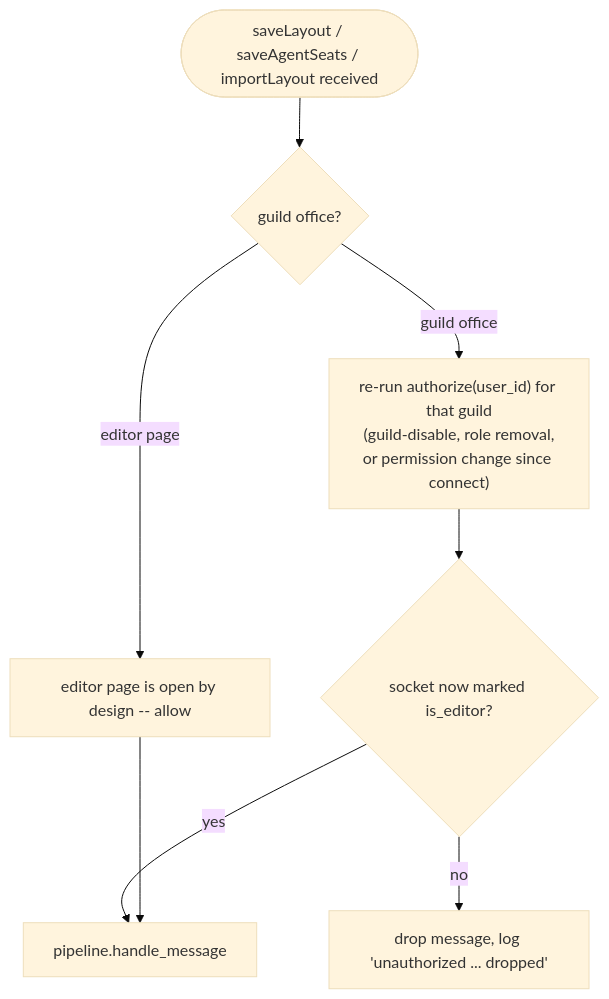
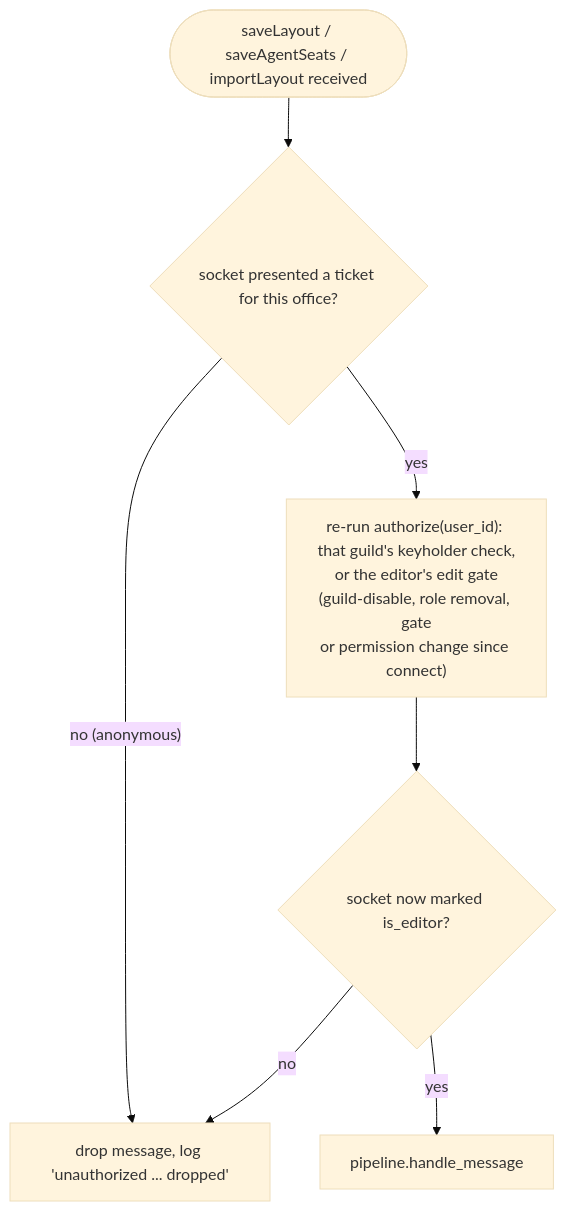
Before and after one commit to pixel-agents-hq/pixel-agents-cogs: the fifth of 6 diagrams in docs/cctv-design.md, drawn with Mermaid (base theme). The commit also changed other lines of this file and 24 other files, not shown here.

````diff
--- a/docs/cctv-design.md
+++ b/docs/cctv-design.md
@@ -592,10 +621,9 @@
 ```mermaid
 flowchart TD
-    Start(["saveLayout / saveAgentSeats / importLayout received"]) --> IsOffice{"guild office?"}
-    IsOffice -- editor page --> AllowEditor["editor page is open by design -- allow"]
-    IsOffice -- guild office --> Recheck["re-run authorize(user_id) for that guild\n(guild-disable, role removal,\nor permission change since connect)"]
+    Start(["saveLayout / saveAgentSeats / importLayout received"]) --> Proven{"socket presented a ticket for this office?"}
+    Proven -- "no (anonymous)" --> Drop["drop message, log 'unauthorized ... dropped'"]
+    Proven -- yes --> Recheck["re-run authorize(user_id): that guild's keyholder check,\nor the editor's edit gate\n(guild-disable, role removal, gate\nor permission change since connect)"]
     Recheck --> IsEditorNow{"socket now marked is_editor?"}
-    IsEditorNow -- no --> Drop["drop message, log 'unauthorized ... dropped'"]
+    IsEditorNow -- no --> Drop
     IsEditorNow -- yes --> Handle["pipeline.handle_message"]
-    AllowEditor --> Handle
 ```
````
